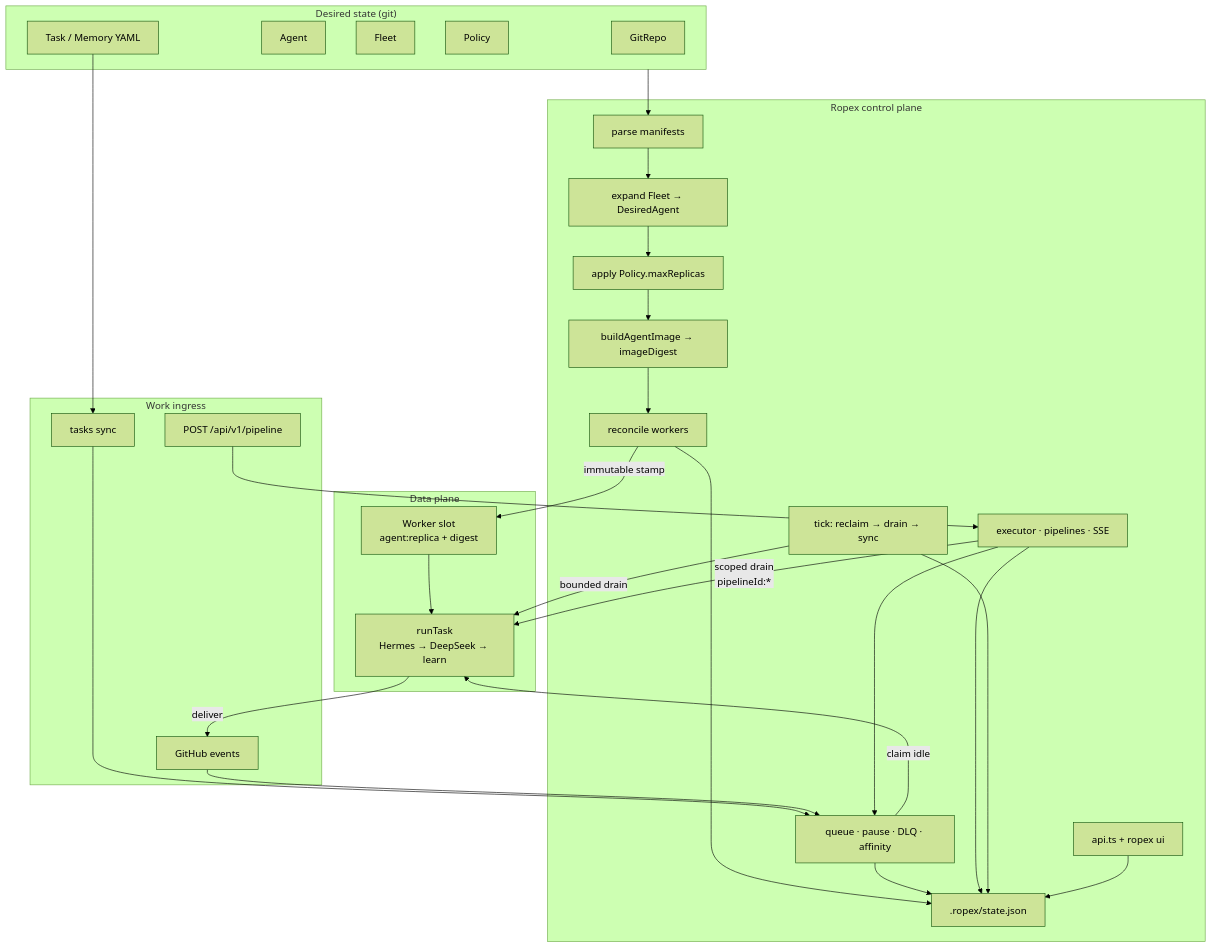
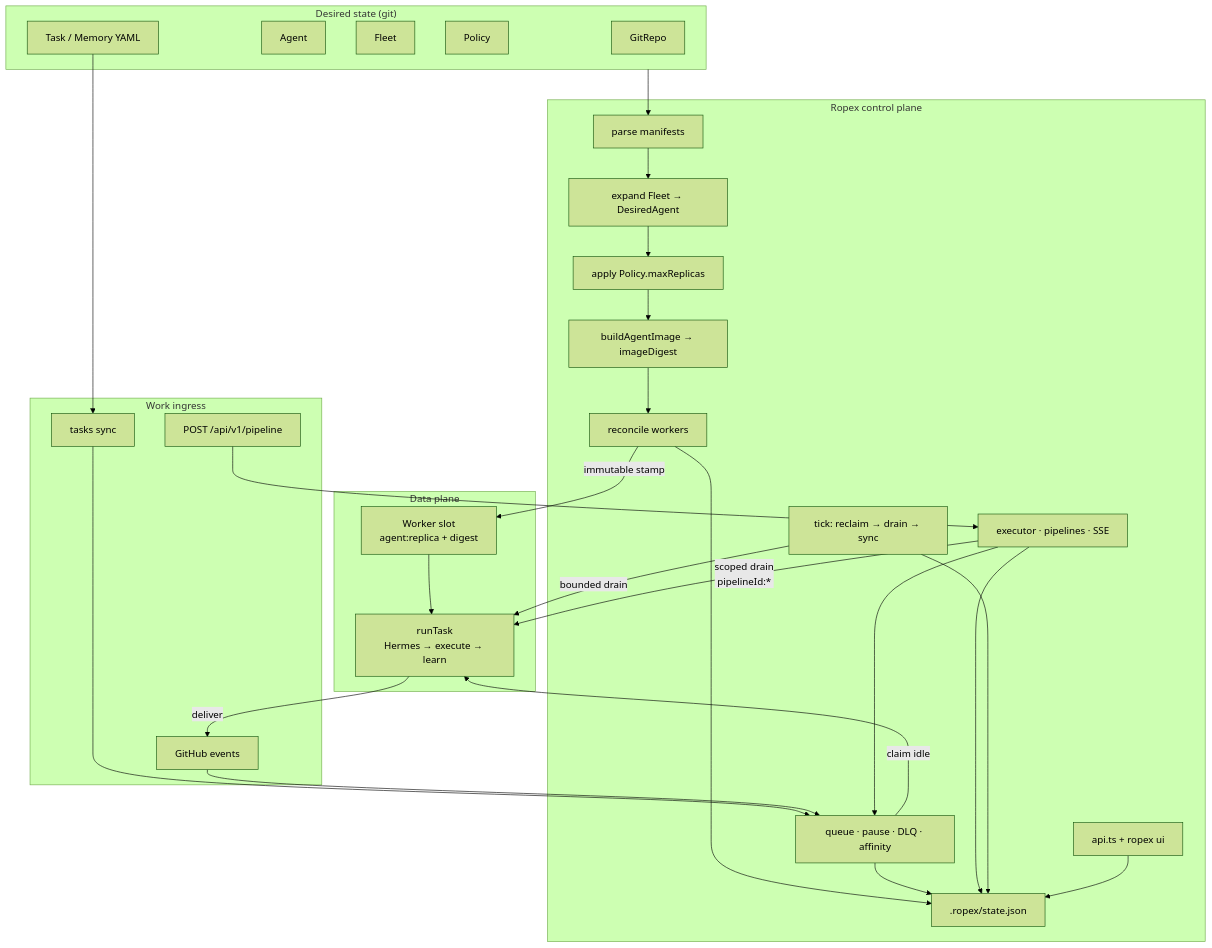
One commit to amirsdream/ropex changed the first of 12 diagrams in docs/architecture.md. Above: the diagram before and after it, drawn with Mermaid (forest theme). The commit also changed other lines of this file and 6 other files, not shown here.

First line of the commit message:
docs: describe the pluggable execute stage across architecture docs

````diff
--- a/docs/architecture.md
+++ b/docs/architecture.md
@@ -20,50 +20,50 @@
 ```mermaid
 flowchart TB
   subgraph Desired["Desired state (git)"]
     GR["GitRepo"]
     AG["Agent"]
     FL["Fleet"]
     PO["Policy"]
     TK["Task / Memory YAML"]
   end
 
   subgraph Ingress["Work ingress"]
     ISS["GitHub events"]
     TQ["tasks sync"]
     EXT["POST /api/v1/pipeline"]
   end
 
   subgraph Control["Ropex control plane"]
     PARSE["parse manifests"]
     EXP["expand Fleet → DesiredAgent"]
     CAP["apply Policy.maxReplicas"]
     IMG["buildAgentImage → imageDigest"]
     REC["reconcile workers"]
     SCH["queue · pause · DLQ · affinity"]
     EXEC["executor · pipelines · SSE"]
     TICK["tick: reclaim → drain → sync"]
     UI["api.ts + ropex ui"]
     STATE[".ropex/state.json"]
     PARSE --> EXP --> CAP --> IMG --> REC --> STATE
     SCH --> STATE
     EXEC --> STATE
     TICK --> STATE
     UI --> STATE
   end
 
   subgraph Data["Data plane"]
     W["Worker slot\nagent:replica + digest"]
-    RT["runTask\nHermes → DeepSeek → learn"]
+    RT["runTask\nHermes → execute → learn"]
     W --> RT
   end
 
   Desired --> PARSE
   TK --> TQ --> SCH
   ISS --> SCH
   EXT --> EXEC --> SCH
   REC -->|"immutable stamp"| W
   SCH -->|"claim idle"| RT
   TICK -->|"bounded drain"| RT
   EXEC -->|"scoped drain\npipelineId:*"| RT
   RT -->|"deliver"| ISS
 ```
````
